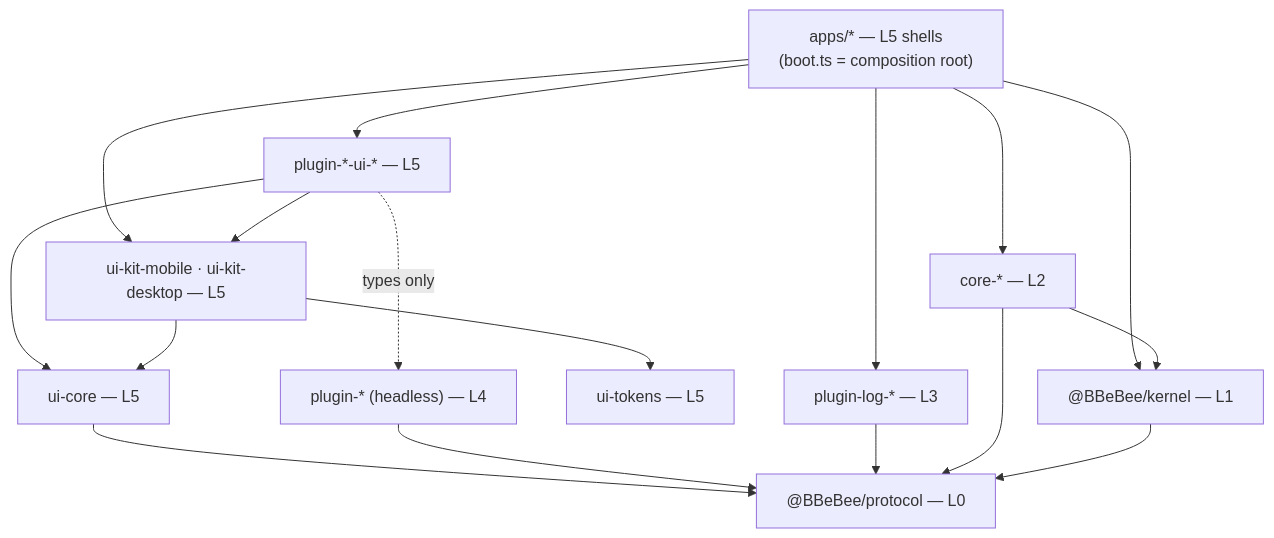
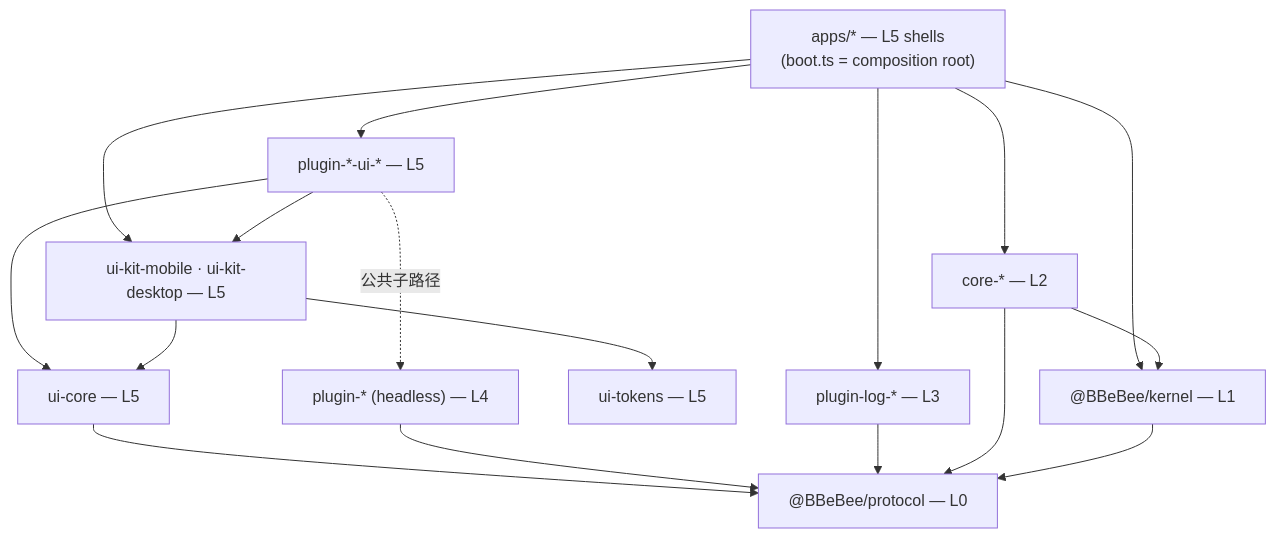
One commit to BBeBeeX/B_Be_Bee_X changed the diagram in docs-zh/workflow/structure.md. Above: the diagram before and after it, drawn with Mermaid. The commit also changed other lines of this file and 55 other files, not shown here.

````diff
--- a/docs-zh/workflow/structure.md
+++ b/docs-zh/workflow/structure.md
@@ -236,19 +278,19 @@
 ```mermaid
 flowchart TD
     apps["apps/* — L5 shells<br/>(boot.ts = composition root)"] --> uikit["ui-kit-mobile · ui-kit-desktop — L5"]
     apps --> kernel["@BBeBee/kernel — L1"]
     apps --> pluginui["plugin-*-ui-* — L5"]
     pluginui --> uikit
     pluginui --> uicore["ui-core — L5"]
     uikit --> uicore
     uikit --> tokens["ui-tokens — L5"]
     uicore --> protocol["@BBeBee/protocol — L0"]
-    pluginui -.->|types only| headless["plugin-* (headless) — L4"]
+    pluginui -.->|公共子路径| headless["plugin-* (headless) — L4"]
     headless --> protocol
     logs["plugin-log-* — L3"] --> protocol
     core["core-* — L2"] --> protocol
     core --> kernel
     kernel --> protocol
     apps --> core
     apps --> logs
 ```
````
